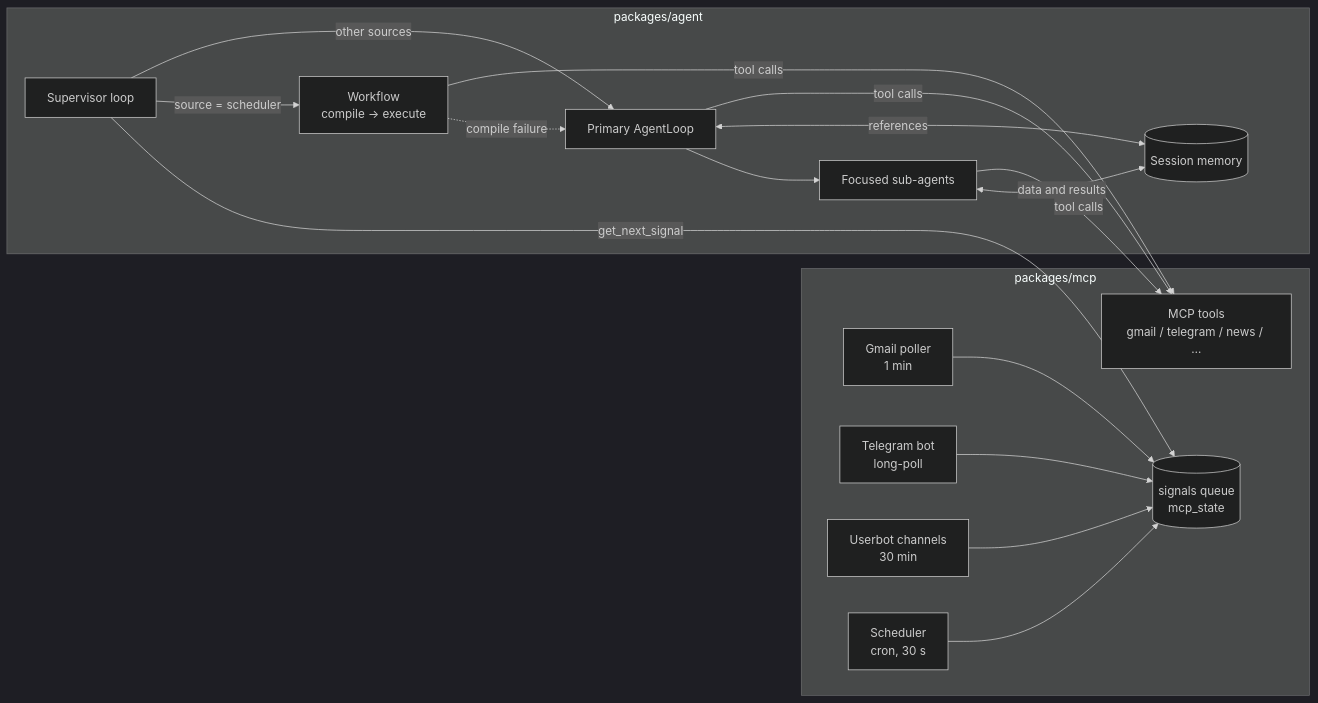
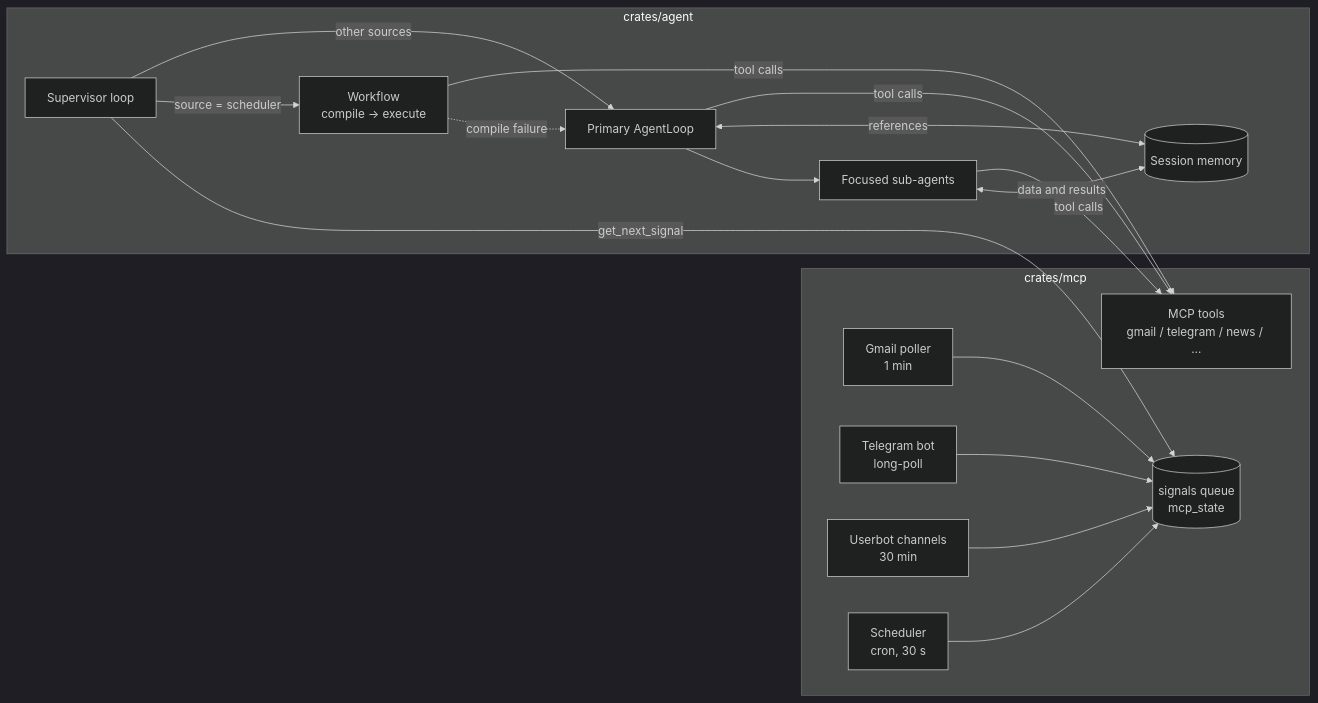
Before and after one commit to Ch4mpl00/ouro: the second of 2 diagrams in README.md, drawn with Mermaid (dark theme). The commit also changed other lines of this file and 386 other files, not shown here.

````diff
--- a/README.md
+++ b/README.md
@@ -112,24 +111,24 @@
 ```mermaid
 flowchart LR
-    subgraph mcp [packages/mcp]
+    subgraph mcp [crates/mcp]
         P1[Gmail poller<br/>1 min] --> Q
         P2[Telegram bot<br/>long-poll] --> Q
         P3[Userbot channels<br/>30 min] --> Q
         P4[Scheduler<br/>cron, 30 s] --> Q
         Q[(signals queue<br/>mcp_state)]
         T[MCP tools<br/>gmail / telegram / news / …]
     end
 
-    subgraph agent [packages/agent]
+    subgraph agent [crates/agent]
         S[Supervisor loop] -->|get_next_signal| Q
         S -->|source = scheduler| W[Workflow<br/>compile → execute]
         S -->|other sources| L[Primary AgentLoop]
         W -.->|compile failure| L
         W -->|tool calls| T
         L --> C[Focused sub-agents]
         L <-->|references| M[(Session memory)]
         C <-->|data and results| M
         L -->|tool calls| T
         C -->|tool calls| T
     end
 ```
````
